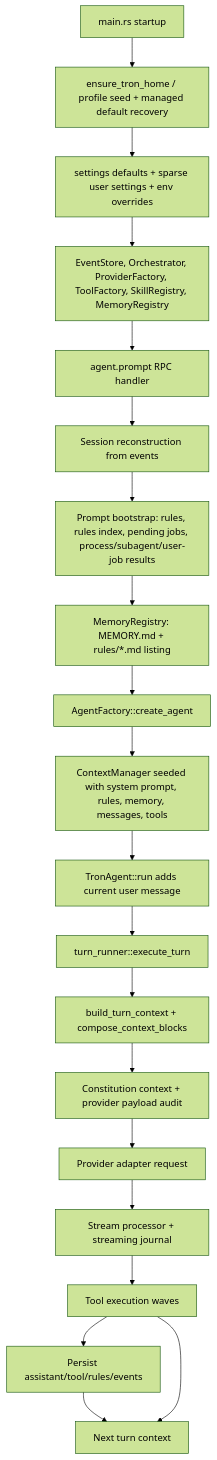
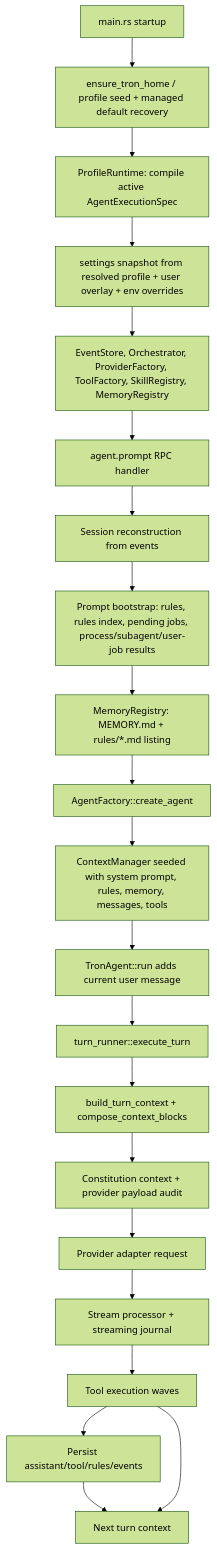
One commit to mhismail3/tron changed the diagram in packages/agent/docs/context-architecture.md. Above: the diagram before and after it, drawn with Mermaid (forest theme). The commit also changed other lines of this file and 91 other files, not shown here.

Commit message:
refactor(agent): simplify profile runtime

````diff
--- a/packages/agent/docs/context-architecture.md
+++ b/packages/agent/docs/context-architecture.md
@@ -34,22 +36,23 @@
 ```mermaid
 flowchart TD
     Start["main.rs startup"] --> Home["ensure_tron_home / profile seed + managed default recovery"]
-    Home --> Settings["settings defaults + sparse user settings + env overrides"]
+    Home --> ProfileRuntime["ProfileRuntime: compile active AgentExecutionSpec"]
+    ProfileRuntime --> Settings["settings snapshot from resolved profile + user overlay + env overrides"]
     Settings --> Services["EventStore, Orchestrator, ProviderFactory, ToolFactory, SkillRegistry, MemoryRegistry"]
     Services --> RPC["agent.prompt RPC handler"]
     RPC --> Reconstruct["Session reconstruction from events"]
     Reconstruct --> Bootstrap["Prompt bootstrap: rules, rules index, pending jobs, process/subagent/user-job results"]
     Bootstrap --> Memory["MemoryRegistry: MEMORY.md + rules/*.md listing"]
     Memory --> AgentFactory["AgentFactory::create_agent"]
     AgentFactory --> ContextManager["ContextManager seeded with system prompt, rules, memory, messages, tools"]
     ContextManager --> UserMessage["TronAgent::run adds current user message"]
     UserMessage --> Turn["turn_runner::execute_turn"]
     Turn --> Compose["build_turn_context + compose_context_blocks"]
     Compose --> Audit["Constitution context + provider payload audit"]
     Audit --> Provider["Provider adapter request"]
     Provider --> Stream["Stream processor + streaming journal"]
     Stream --> Tools["Tool execution waves"]
     Tools --> Events["Persist assistant/tool/rules/events"]
     Events --> Next["Next turn context"]
     Tools --> Next
 ```
````
